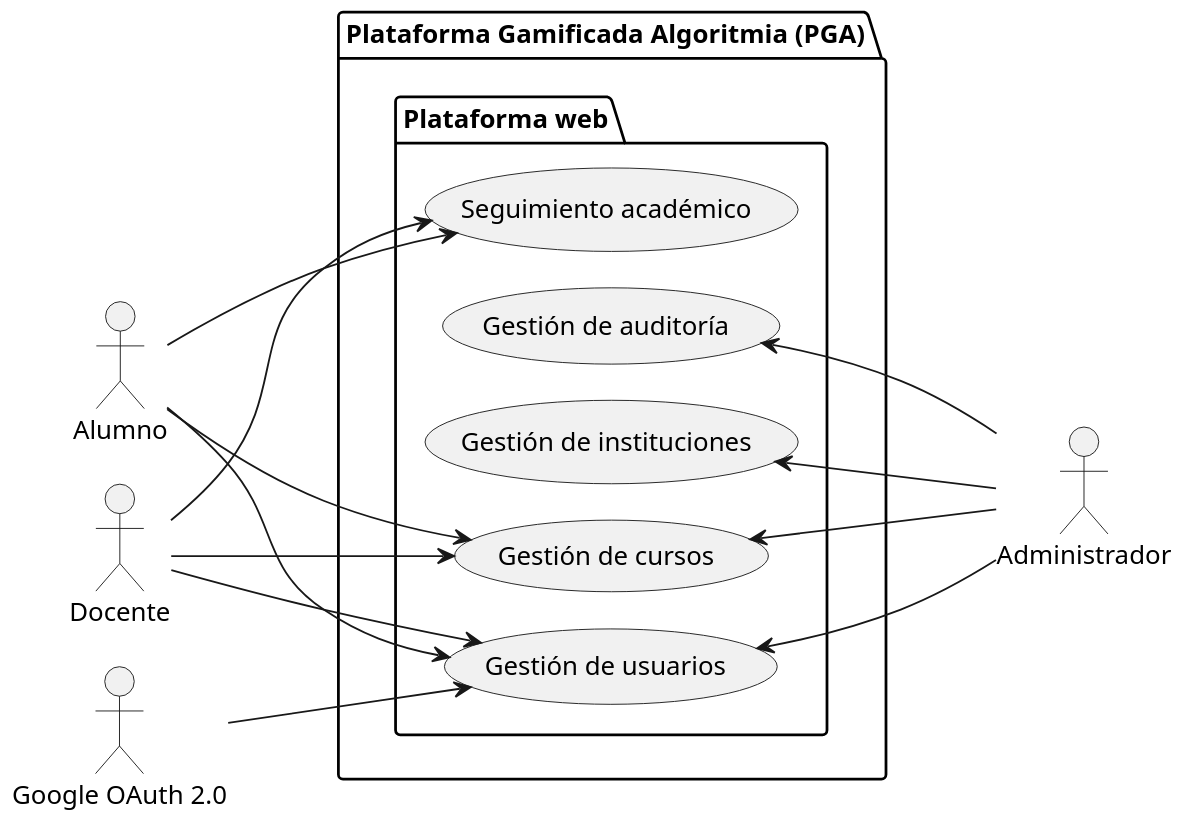
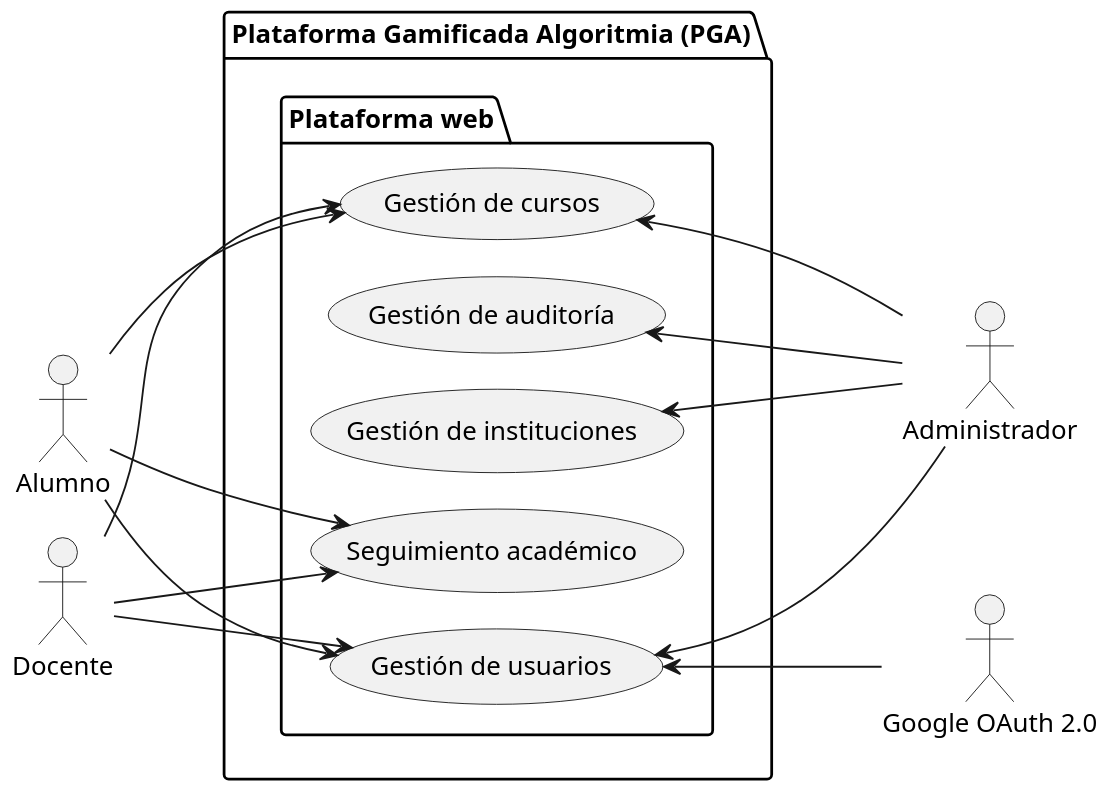
One commit to francoalbornoz2002/ASC-ProyectoAlgoritmia-TrabajoFinal changed the diagram in docs/requisitos/casos-de-uso/diagramas-casos-de-uso/plataforma web/dcu-plataforma-web-alto-nivel.puml. Above: the diagram before and after it, drawn with PlantUML. The commit also changed 1 other file, not shown here.

```diff
--- a/docs/requisitos/casos-de-uso/diagramas-casos-de-uso/plataforma web/dcu-plataforma-web-alto-nivel.puml
+++ b/docs/requisitos/casos-de-uso/diagramas-casos-de-uso/plataforma web/dcu-plataforma-web-alto-nivel.puml
@@ -1,43 +1,43 @@
 @startuml DCU_PlataformaWebAltoNivel
 left to right direction
 
 skinparam dpi 150
 skinparam usecasePadding 25
 skinparam actorPadding 80
 skinparam packagePadding 50
 skinparam wrapWidth 200
 
 skinparam nodesep 20
 skinparam ranksep 100
 
 actor Alumno
 actor Docente
 actor Administrador
 actor "Google OAuth 2.0" as GoogleOAuth2
 
 package "Plataforma Gamificada Algoritmia (PGA)"{
     package "Plataforma web"{
         usecase "Gestión de usuarios" as GestionUsuarios
         usecase "Gestión de instituciones" as GestionInstituciones
         usecase "Gestión de cursos" as GestionCursos
         usecase "Seguimiento académico" as SeguimientoAcademico
         usecase "Gestión de auditoría" as GestionAuditoria
     }
 
     Alumno --> GestionUsuarios
     Alumno --> GestionCursos
     Alumno --> SeguimientoAcademico
     
     Administrador -up-> GestionUsuarios
     Administrador -up-> GestionInstituciones
     Administrador -up-> GestionCursos
     Administrador -up-> GestionAuditoria
 
     Docente --> GestionUsuarios
     Docente --> GestionCursos
     Docente --> SeguimientoAcademico
 
-    GoogleOAuth2 --> GestionUsuarios
+    GoogleOAuth2 -up-> GestionUsuarios
 }
 
 @enduml
```
